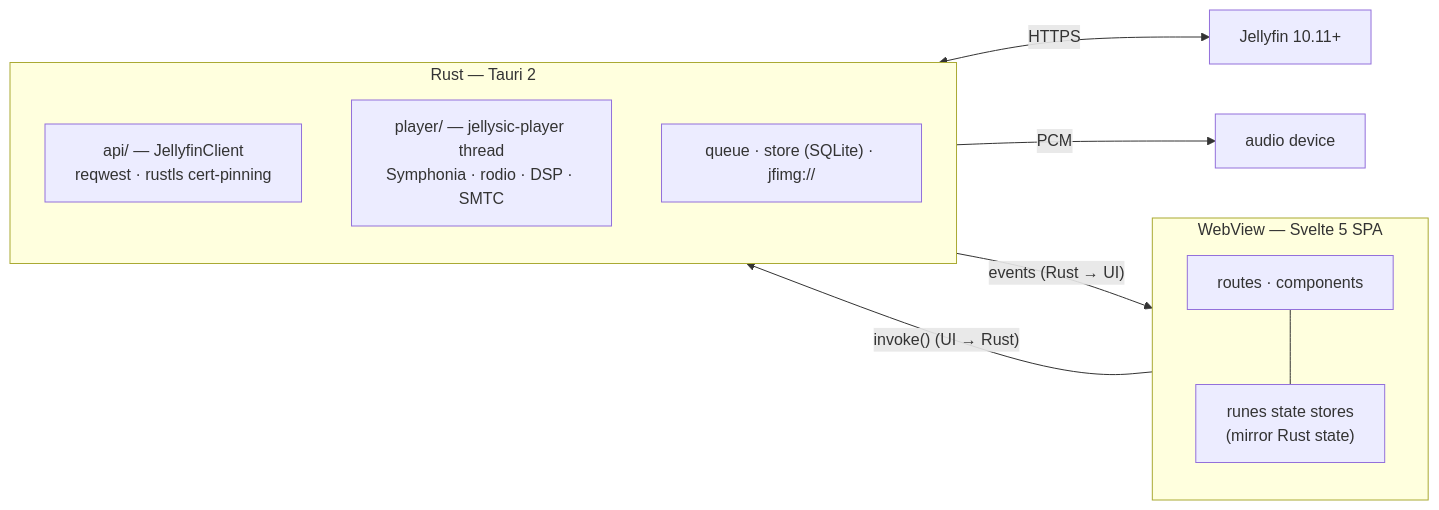
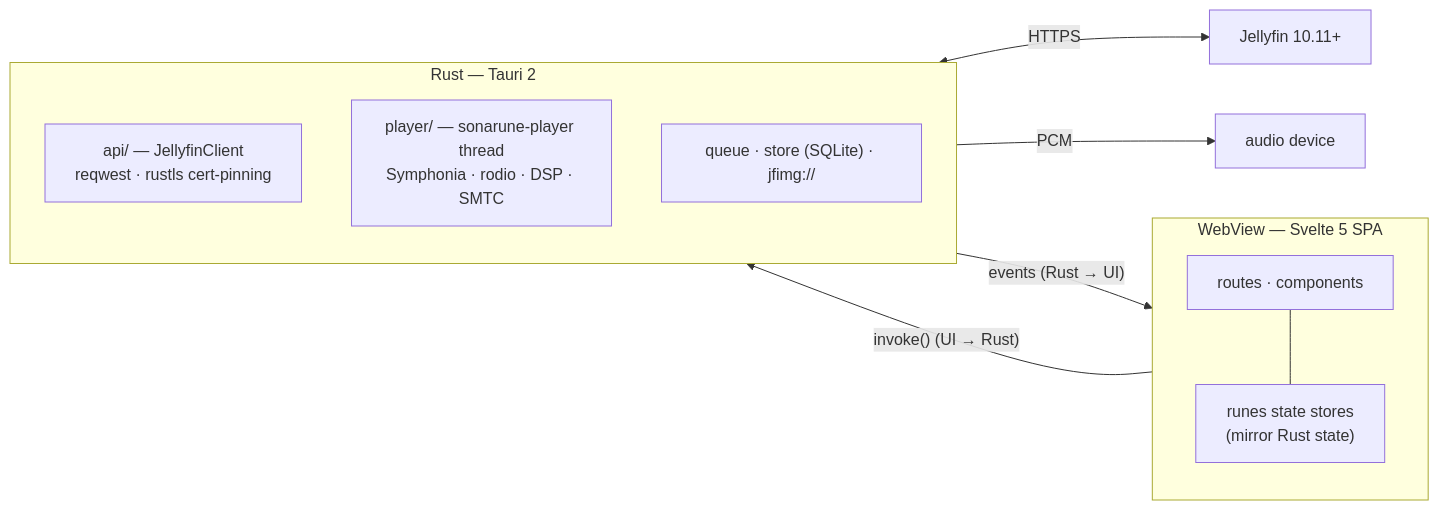
Before and after one commit to Ariazonaa/sonarune: the diagram in README.md, drawn with Mermaid. The commit also changed other lines of this file and 94 other files, not shown here.

````diff
--- a/README.md
+++ b/README.md
@@ -227,19 +233,19 @@
 ```mermaid
 flowchart LR
     subgraph WV["WebView — Svelte 5 SPA"]
         direction TB
         R["routes · components"]
         S["runes state stores<br/>(mirror Rust state)"]
         R --- S
     end
     subgraph RS["Rust — Tauri 2"]
         direction TB
         API["api/ — JellyfinClient<br/>reqwest · rustls cert-pinning"]
-        PLAYER["player/ — jellysic-player thread<br/>Symphonia · rodio · DSP · SMTC"]
+        PLAYER["player/ — sonarune-player thread<br/>Symphonia · rodio · DSP · SMTC"]
         MISC["queue · store (SQLite) · jfimg://"]
     end
     S -- "invoke() (UI → Rust)" --> RS
     RS -- "events (Rust → UI)" --> S
     API <-- "HTTPS" --> JF["Jellyfin 10.11+"]
     PLAYER -- "PCM" --> OUT["audio device"]
 ```
````
